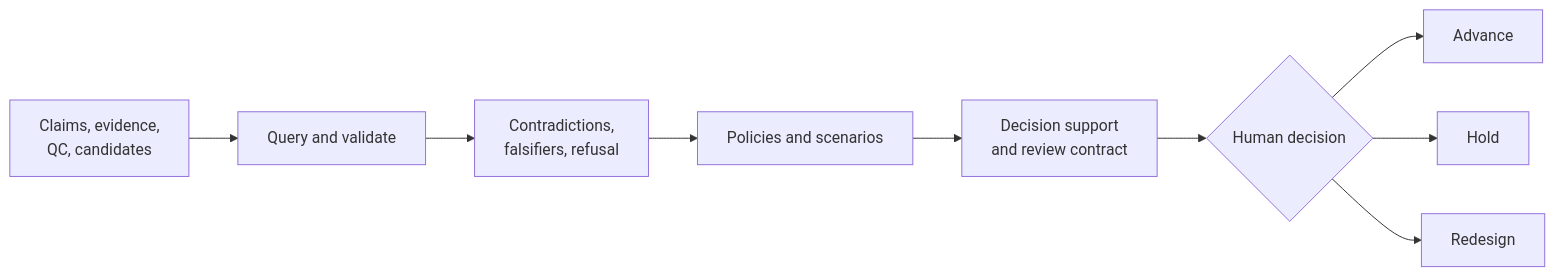
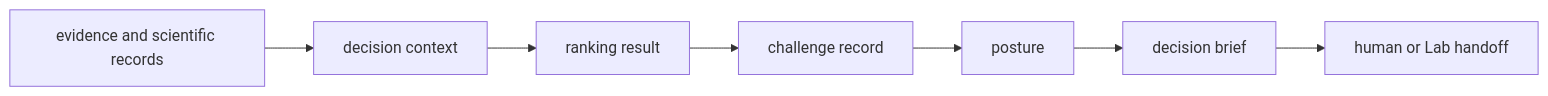
One commit to bijux/bijux-proteomics changed the first of 2 diagrams in docs/05-bijux-proteomics-intelligence/interfaces/index.md. Above: the diagram before and after it, drawn with Mermaid. The commit also changed other lines of this file and 3 other files, not shown here.

````diff
--- a/docs/05-bijux-proteomics-intelligence/interfaces/index.md
+++ b/docs/05-bijux-proteomics-intelligence/interfaces/index.md
@@ -18,17 +18,9 @@
 ```mermaid
 flowchart LR
-    evidence["Claims, evidence,<br/>QC, candidates"]
-    interrogate["Query and validate"]
-    challenge["Contradictions,<br/>falsifiers, refusal"]
-    judge["Policies and scenarios"]
-    explain["Decision support<br/>and review contract"]
-    human{"Human decision"}
-    advance["Advance"]
-    hold["Hold"]
-    redesign["Redesign"]
-
-    evidence --> interrogate --> challenge --> judge --> explain --> human
-    human --> advance
-    human --> hold
-    human --> redesign
+    E["evidence and scientific records"] --> D["decision context"]
+    D --> R["ranking result"]
+    R --> C["challenge record"]
+    C --> P["posture"]
+    P --> B["decision brief"]
+    B --> H["human or Lab handoff"]
 ```
````
